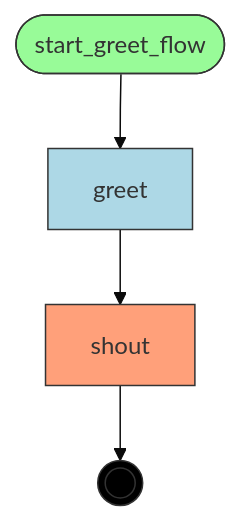
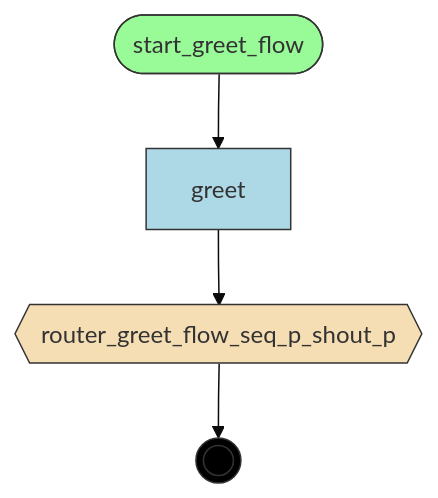
The diagram in examples/demo-skaffold/compiled/greet-flow/artifacts/flow.mmd (deliveryhero/asya), drawn with Mermaid (base theme) before and after one commit. The commit also changed 14 other files, not shown here.

```diff
--- a/examples/demo-skaffold/compiled/greet-flow/artifacts/flow.mmd
+++ b/examples/demo-skaffold/compiled/greet-flow/artifacts/flow.mmd
@@ -1,21 +1,21 @@
 flowchart TD
     %% Flow: greet_flow
 
     greet[greet]
-    shout[shout]
+    router_greet_flow_seq_p_shout_p{{router_greet_flow_seq_p_shout_p}}
     start_greet_flow([start_greet_flow])
     __end__((( )))
 
     start_greet_flow --> greet
-    greet --> shout
-    shout --> __end__
+    greet --> router_greet_flow_seq_p_shout_p
+    router_greet_flow_seq_p_shout_p --> __end__
 
     classDef start fill:#98FB98,stroke:#333
     classDef endnode fill:#FFA07A,stroke:#333
     classDef router fill:#F5DEB3,stroke:#333
     classDef handler fill:#ADD8E6,stroke:#333
     classDef endpoint fill:#000,stroke:#333,color:#fff
     class start_greet_flow start
-    class shout endnode
+    class router_greet_flow_seq_p_shout_p router
     class greet handler
     class __end__ endpoint
```
